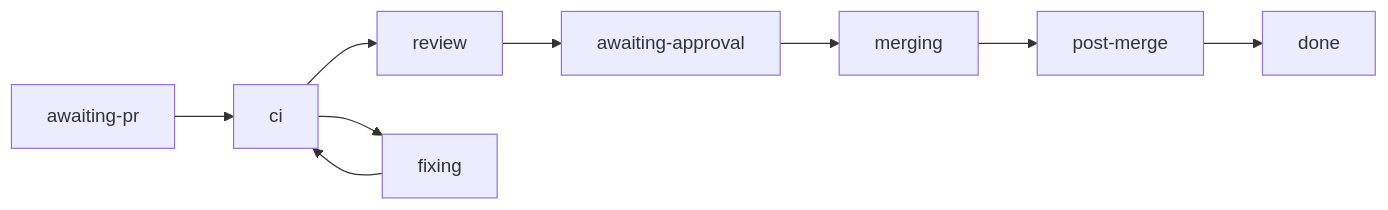
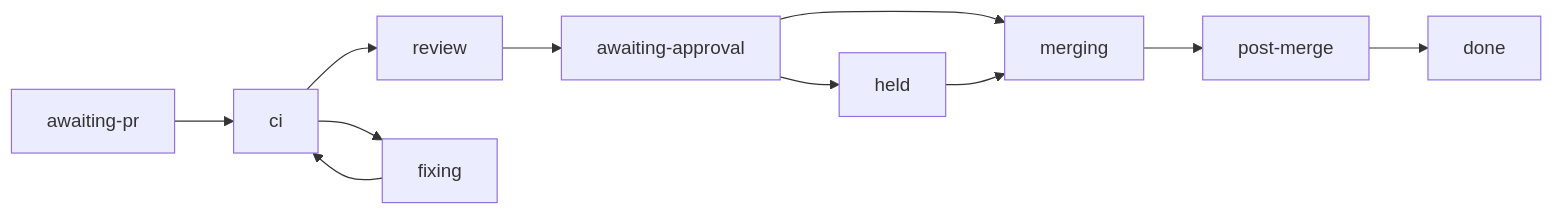
One commit to HJewkes/titan-platform changed the diagram in site/guides/shepherd.md. Above: the diagram before and after it, drawn with Mermaid. The commit also changed other lines of this file and 2 other files, not shown here.

Commit message:
TP-1681: Test the held phase with the #597 shape and document it

````diff
--- a/site/guides/shepherd.md
+++ b/site/guides/shepherd.md
@@ -76,11 +76,13 @@
 ```mermaid
 graph LR
   awaitingPr["awaiting-pr"] --> ci
   ci --> review
   ci --> fixing
   fixing --> ci
   review --> approval["awaiting-approval"]
   approval --> merging
+  approval --> held
+  held --> merging
   merging --> postMerge["post-merge"]
   postMerge --> done
 ```
````
